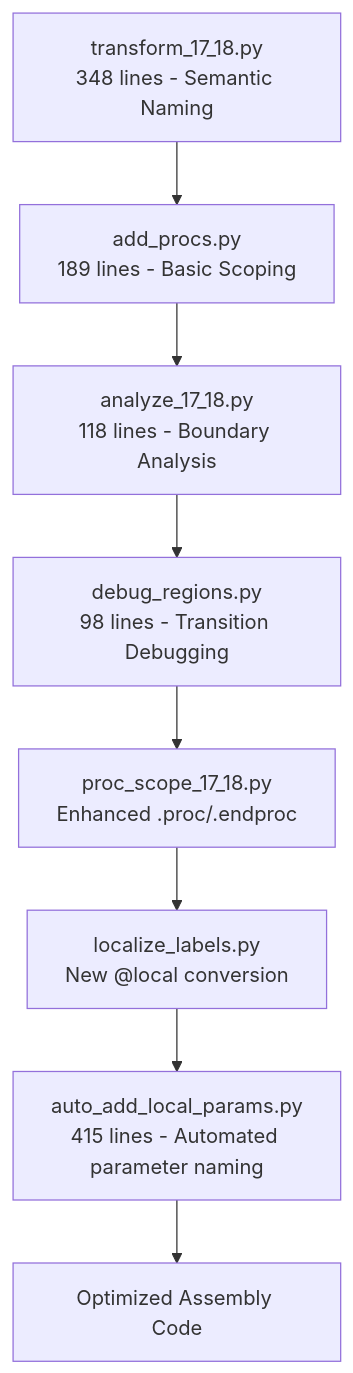
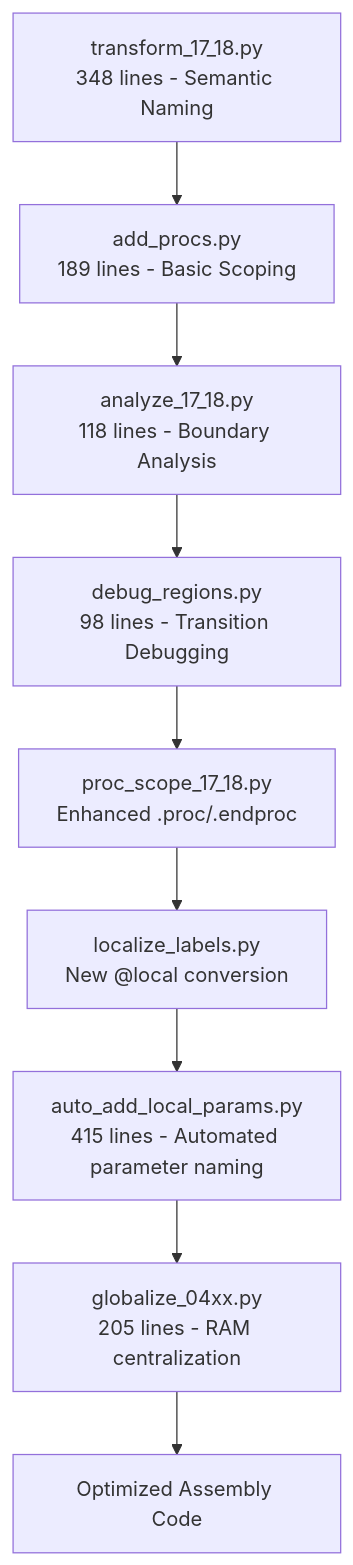
One commit to rabbyzero/sango2dasm changed diagram 11 of 14 in .qoder/repowiki/en/content/Build System and Tools/Build System and Tools.md. Above: the diagram before and after it, drawn with Mermaid. The commit also changed other lines of this file and 6 other files, not shown here.

````diff
--- a/.qoder/repowiki/en/content/Build System and Tools/Build System and Tools.md
+++ b/.qoder/repowiki/en/content/Build System and Tools/Build System and Tools.md
@@ -742,10 +752,11 @@
 ```mermaid
 flowchart TD
 Stage1["transform_17_18.py<br/>348 lines - Semantic Naming"] --> Stage2["add_procs.py<br/>189 lines - Basic Scoping"]
 Stage2 --> Stage3["analyze_17_18.py<br/>118 lines - Boundary Analysis"]
 Stage3 --> Stage4["debug_regions.py<br/>98 lines - Transition Debugging"]
 Stage4 --> Stage5["proc_scope_17_18.py<br/>Enhanced .proc/.endproc"]
 Stage5 --> Stage6["localize_labels.py<br/>New @local conversion"]
 Stage6 --> Stage7["auto_add_local_params.py<br/>415 lines - Automated parameter naming"]
-Stage7 --> Output["Optimized Assembly Code"]
+Stage7 --> Stage8["globalize_04xx.py<br/>205 lines - RAM centralization"]
+Stage8 --> Output["Optimized Assembly Code"]
 ```
````
